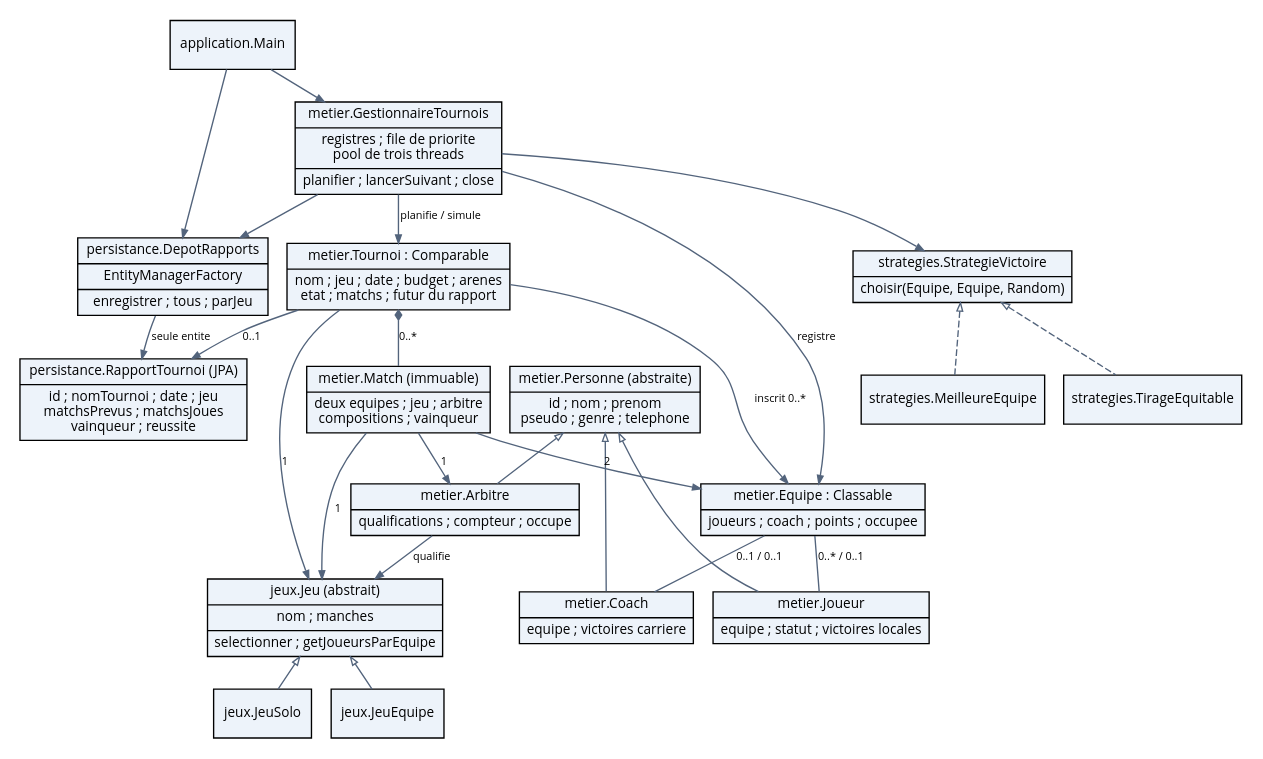
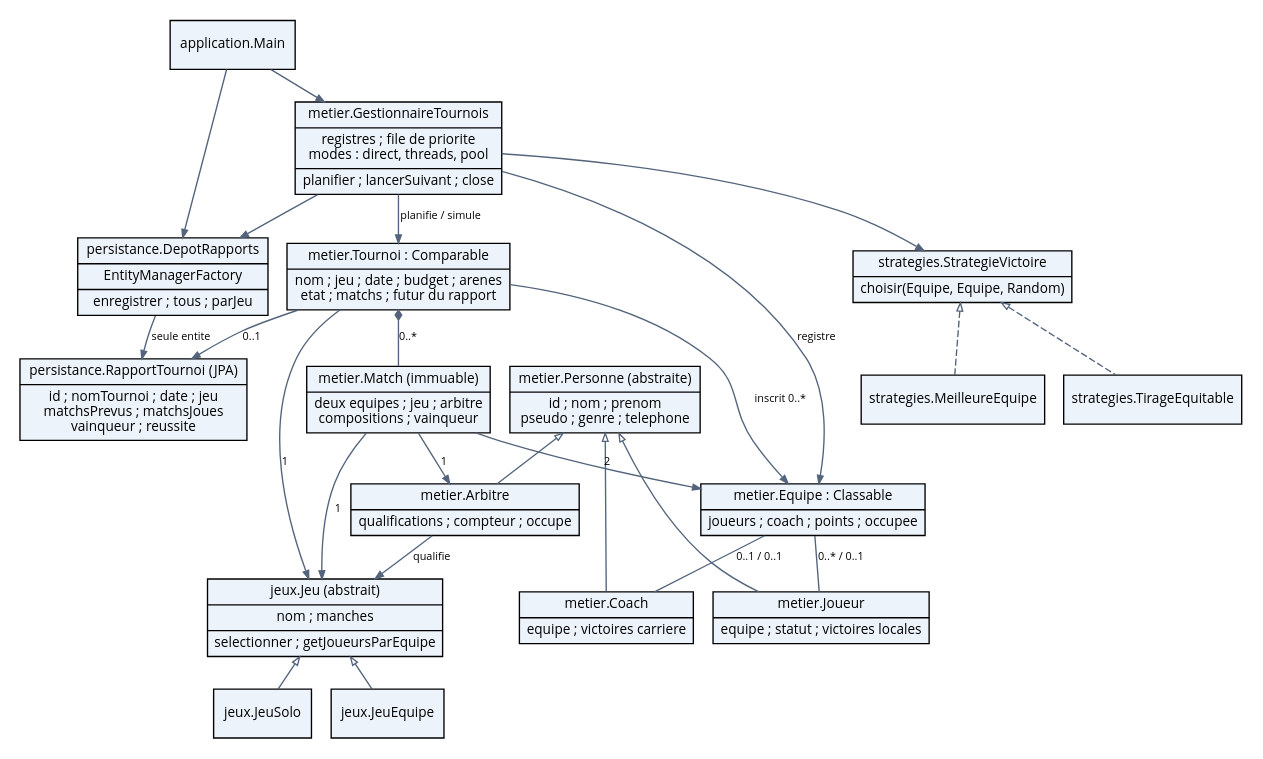
The diagram in docs/classes.dot (TomGrpt/POO), drawn with Graphviz before and after one commit. The commit also changed 17 other files, not shown here.

```diff
--- a/docs/classes.dot
+++ b/docs/classes.dot
@@ -1,46 +1,46 @@
 digraph Arena {
  graph [rankdir=TB, nodesep=0.2, ranksep=0.3, pad=0.1];
  node [shape=record, fontname="Open Sans", fontsize=10, style=filled, fillcolor="#edf3fa"];
  edge [fontname="Open Sans", fontsize=8, arrowsize=0.6, color="#53647c"];
  Main [label="application.Main"];
- Gestion [label="{metier.GestionnaireTournois|registres ; file de priorite\npool de trois threads|planifier ; lancerSuivant ; close}"];
+ Gestion [label="{metier.GestionnaireTournois|registres ; file de priorite\nmodes : direct, threads, pool|planifier ; lancerSuivant ; close}"];
  Personne [label="{metier.Personne (abstraite)|id ; nom ; prenom\npseudo ; genre ; telephone}"];
  Joueur [label="{metier.Joueur|equipe ; statut ; victoires locales}"];
  Coach [label="{metier.Coach|equipe ; victoires carriere}"];
  Arbitre [label="{metier.Arbitre|qualifications ; compteur ; occupe}"];
  Equipe [label="{metier.Equipe : Classable|joueurs ; coach ; points ; occupee}"];
  Tournoi [label="{metier.Tournoi : Comparable|nom ; jeu ; date ; budget ; arenes\netat ; matchs ; futur du rapport}"];
  Match [label="{metier.Match (immuable)|deux equipes ; jeu ; arbitre\ncompositions ; vainqueur}"];
  Jeu [label="{jeux.Jeu (abstrait)|nom ; manches|selectionner ; getJoueursParEquipe}"];
  Solo [label="jeux.JeuSolo"];
  Collectif [label="jeux.JeuEquipe"];
  Strategie [label="{strategies.StrategieVictoire|choisir(Equipe, Equipe, Random)}"];
  Equitable [label="strategies.TirageEquitable"];
  Meilleure [label="strategies.MeilleureEquipe"];
  Depot [label="{persistance.DepotRapports|EntityManagerFactory|enregistrer ; tous ; parJeu}"];
  Rapport [label="{persistance.RapportTournoi (JPA)|id ; nomTournoi ; date ; jeu\nmatchsPrevus ; matchsJoues\nvainqueur ; reussite}"];
  Main -> Gestion;
  Main -> Depot;
  Gestion -> Tournoi [label="planifie / simule"];
  Gestion -> Depot;
  Gestion -> Strategie;
  Gestion -> Equipe [label="registre"];
  Tournoi -> Equipe [label="inscrit 0..*"];
  Tournoi -> Match [dir=both,arrowtail=diamond,arrowhead=none,label="0..*"];
  Tournoi -> Jeu [label="1"];
  Tournoi -> Rapport [label="0..1"];
  Match -> Arbitre [label="1"];
  Match -> Equipe [label="2"];
  Match -> Jeu [label="1"];
  Equipe -> Joueur [arrowhead=none,label="0..* / 0..1"];
  Equipe -> Coach [arrowhead=none,label="0..1 / 0..1"];
  Personne -> Joueur [dir=back,arrowtail=empty];
  Personne -> Coach [dir=back,arrowtail=empty];
  Personne -> Arbitre [dir=back,arrowtail=empty];
  Arbitre -> Jeu [label="qualifie"];
  Jeu -> Solo [dir=back,arrowtail=empty];
  Jeu -> Collectif [dir=back,arrowtail=empty];
  Strategie -> Equitable [dir=back,arrowtail=empty,style=dashed];
  Strategie -> Meilleure [dir=back,arrowtail=empty,style=dashed];
  Depot -> Rapport [label="seule entite"];
 }
```
